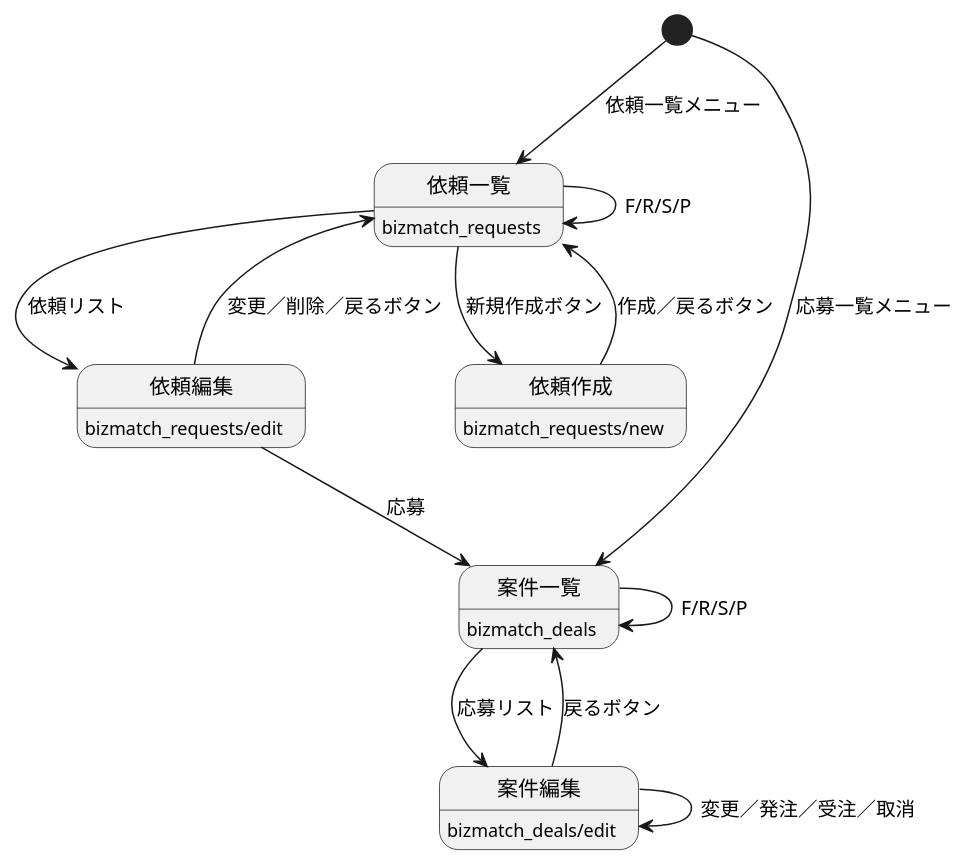
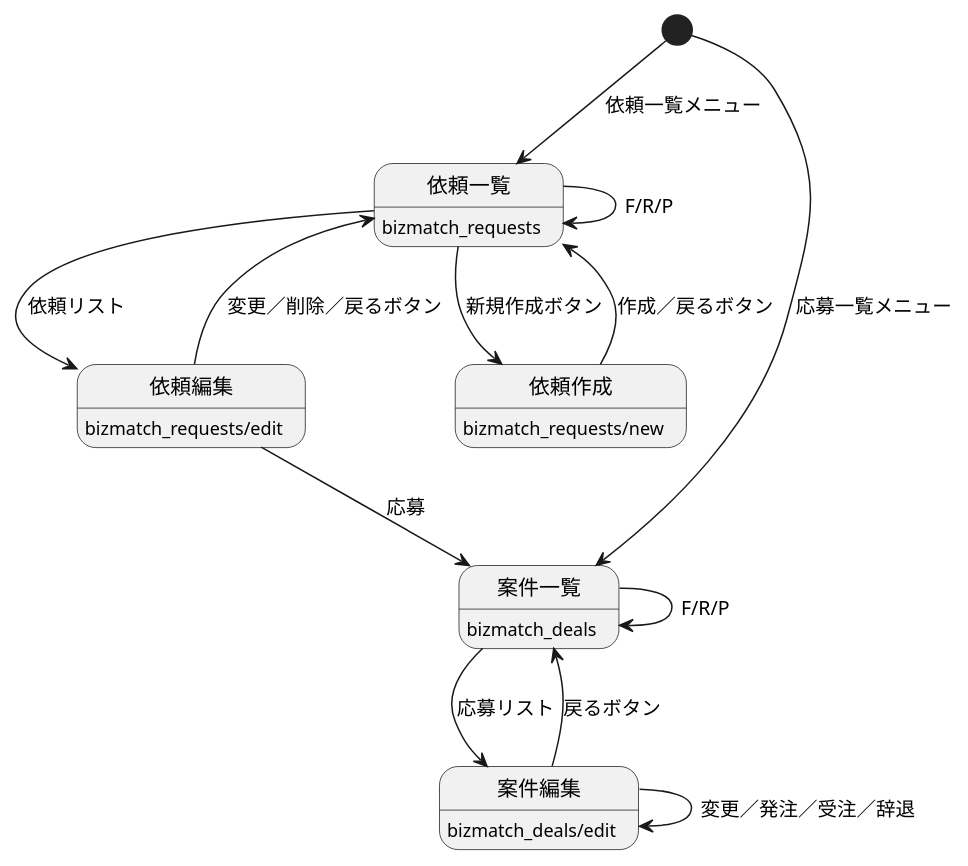
The diagram in docs/bizmatch.pu (cedge1michi/tass_mock-frontend), drawn with PlantUML before and after one commit. The commit also changed 26 other files, not shown here.

```diff
--- a/docs/bizmatch.pu
+++ b/docs/bizmatch.pu
@@ -1,27 +1,27 @@
 @startuml ビジネスマッチング
 [*] --> 依頼一覧: 依頼一覧メニュー
 
 依頼一覧 --> 依頼編集: 依頼リスト
 依頼編集 --> 依頼一覧: 変更／削除／戻るボタン
 
 依頼一覧 --> 依頼作成: 新規作成ボタン
 依頼作成 --> 依頼一覧: 作成／戻るボタン
 
-依頼一覧 --> 依頼一覧: F/R/S/P
+依頼一覧 --> 依頼一覧: F/R/P
 依頼編集 --> 案件一覧: 応募
 
 依頼一覧: bizmatch_requests
 依頼作成: bizmatch_requests/new
 依頼編集: bizmatch_requests/edit
 
 [*] --> 案件一覧: 応募一覧メニュー
 
 案件一覧 --> 案件編集: 応募リスト
 案件編集 --> 案件一覧: 戻るボタン
 
-案件一覧 --> 案件一覧: F/R/S/P
-案件編集 --> 案件編集: 変更／発注／受注／取消
+案件一覧 --> 案件一覧: F/R/P
+案件編集 --> 案件編集: 変更／発注／受注／辞退
 
 案件一覧: bizmatch_deals
 案件編集: bizmatch_deals/edit
 @enduml
```
